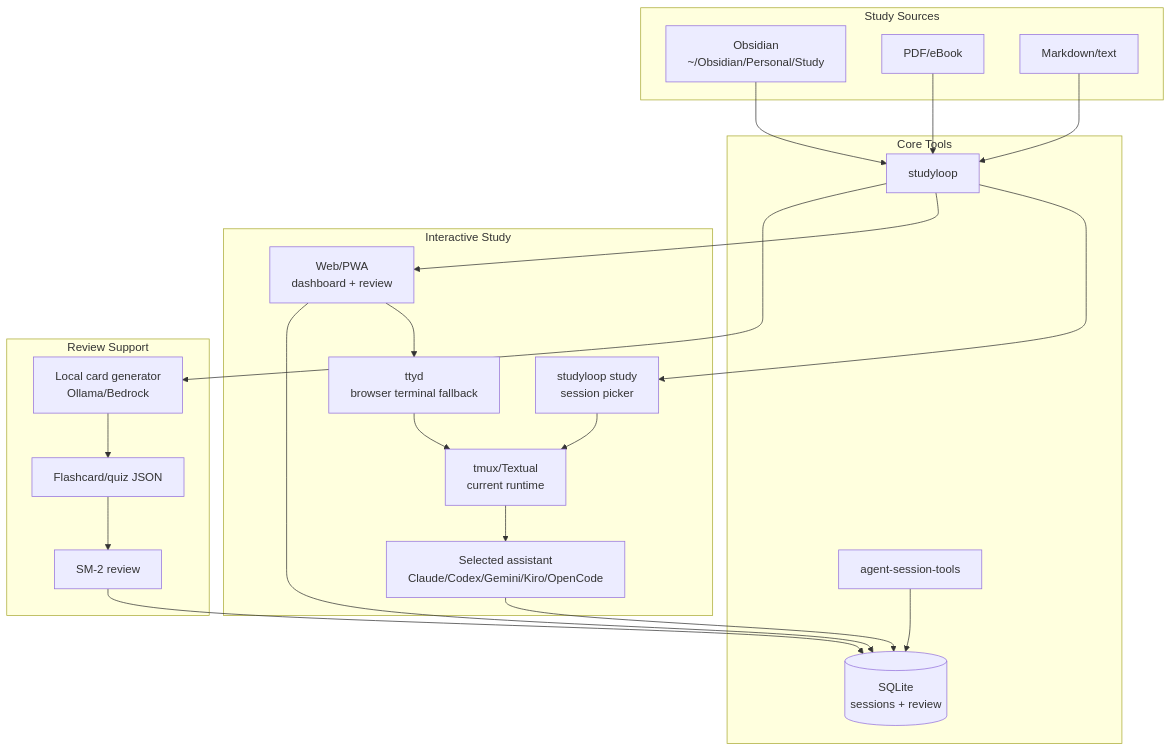
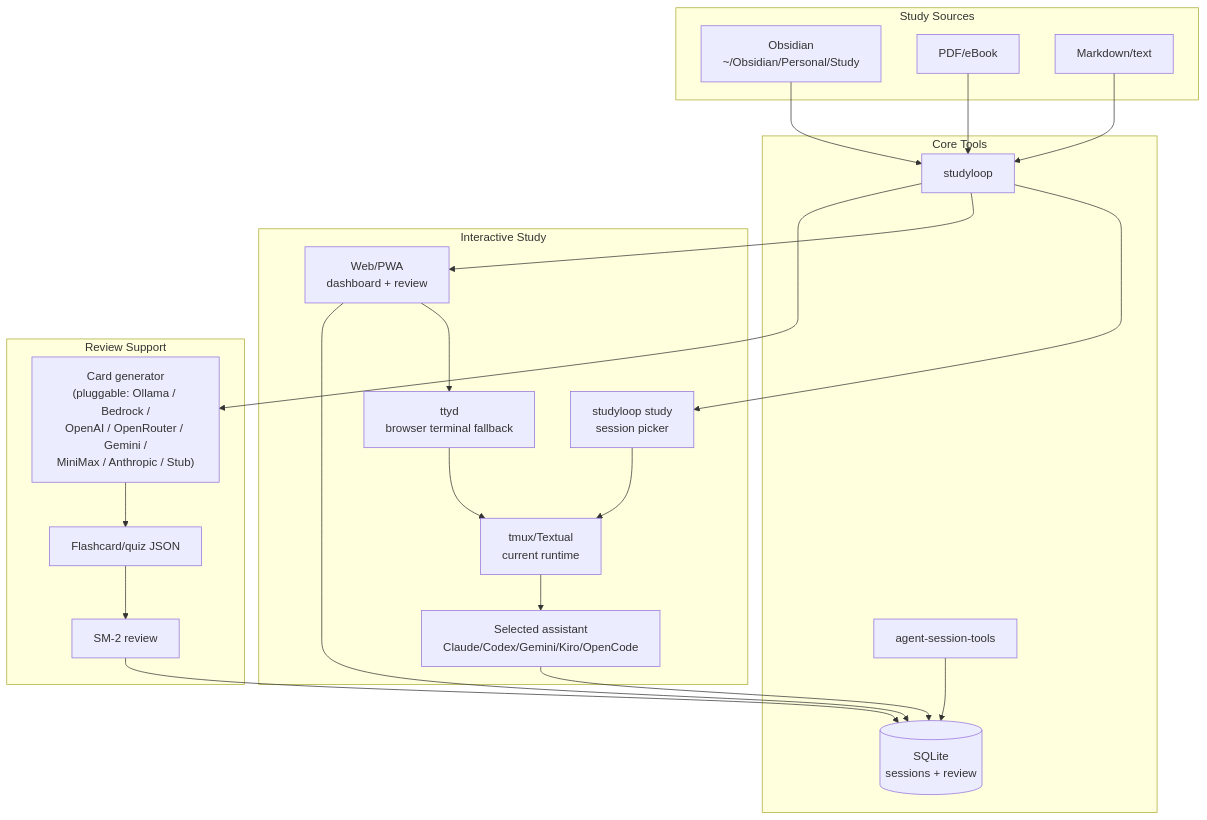
Before and after one commit to NetDevAutomate/StudyLoop: the first of 4 diagrams in docs/system-overview.md, drawn with Mermaid. The commit also changed other lines of this file and 4 other files, not shown here.

````diff
--- a/docs/system-overview.md
+++ b/docs/system-overview.md
@@ -14,45 +14,45 @@
 ```mermaid
 flowchart TB
     subgraph "Study Sources"
         Obsidian["Obsidian<br/>~/Obsidian/Personal/Study"]
         PDF["PDF/eBook"]
         Text["Markdown/text"]
     end
 
     subgraph "Core Tools"
         Studyctl["studyloop"]
         AST["agent-session-tools"]
         DB[("SQLite<br/>sessions + review")]
     end
 
     subgraph "Interactive Study"
         Picker["studyloop study<br/>session picker"]
         Agent["Selected assistant<br/>Claude/Codex/Gemini/Kiro/OpenCode"]
         Tmux["tmux/Textual<br/>current runtime"]
         Web["Web/PWA<br/>dashboard + review"]
         TTYD["ttyd<br/>browser terminal fallback"]
     end
 
     subgraph "Review Support"
-        Generator["Local card generator<br/>Ollama/Bedrock"]
+        Generator["Card generator<br/>(pluggable: Ollama / Bedrock /<br/>OpenAI / OpenRouter / Gemini /<br/>MiniMax / Anthropic / Stub)"]
         JSON["Flashcard/quiz JSON"]
         Review["SM-2 review"]
     end
 
     Obsidian --> Studyctl
     PDF --> Studyctl
     Text --> Studyctl
     Studyctl --> Picker
     Picker --> Tmux
     Tmux --> Agent
     Studyctl --> Web
     Web --> TTYD
     TTYD --> Tmux
     Agent --> DB
     AST --> DB
     Studyctl --> Generator
     Generator --> JSON
     JSON --> Review
     Review --> DB
     Web --> DB
 ```
````
